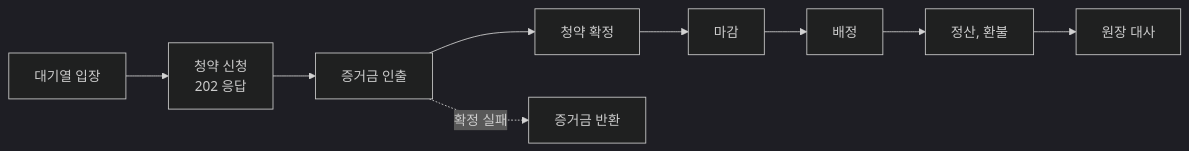
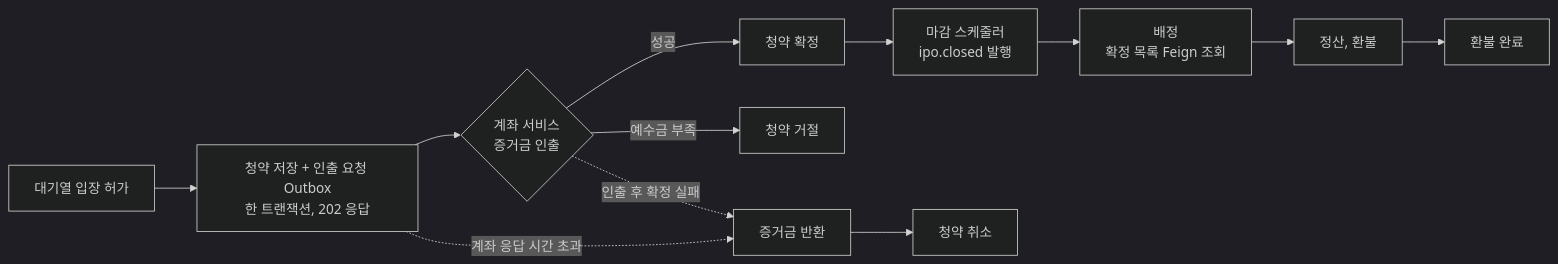
Before and after one commit to gongmoju-4jo/ipo-subscription: the diagram in README.md, drawn with Mermaid (dark theme). The commit also changed other lines of this file, not shown here.

````diff
--- a/README.md
+++ b/README.md
@@ -85,6 +111,10 @@
 ```mermaid
 flowchart LR
-    A[대기열 입장] --> B["청약 신청<br/>202 응답"] --> C[증거금 인출] --> D[청약 확정]
-    D --> E[마감] --> F[배정] --> G[정산, 환불] --> H[원장 대사]
-    C -. 확정 실패 .-> R[증거금 반환]
+    Q[대기열 입장 허가] --> S["청약 저장 + 인출 요청 Outbox<br/>한 트랜잭션, 202 응답"]
+    S --> R{"계좌 서비스<br/>증거금 인출"}
+    R -- 성공 --> C[청약 확정]
+    R -- 예수금 부족 --> X[청약 거절]
+    C --> M["마감 스케줄러<br/>ipo.closed 발행"] --> A["배정<br/>확정 목록 Feign 조회"] --> P[정산, 환불] --> F[환불 완료]
+    S -. 계좌 응답 시간 초과 .-> V[증거금 반환] --> CN[청약 취소]
+    R -. 인출 후 확정 실패 .-> V
 ```
````
